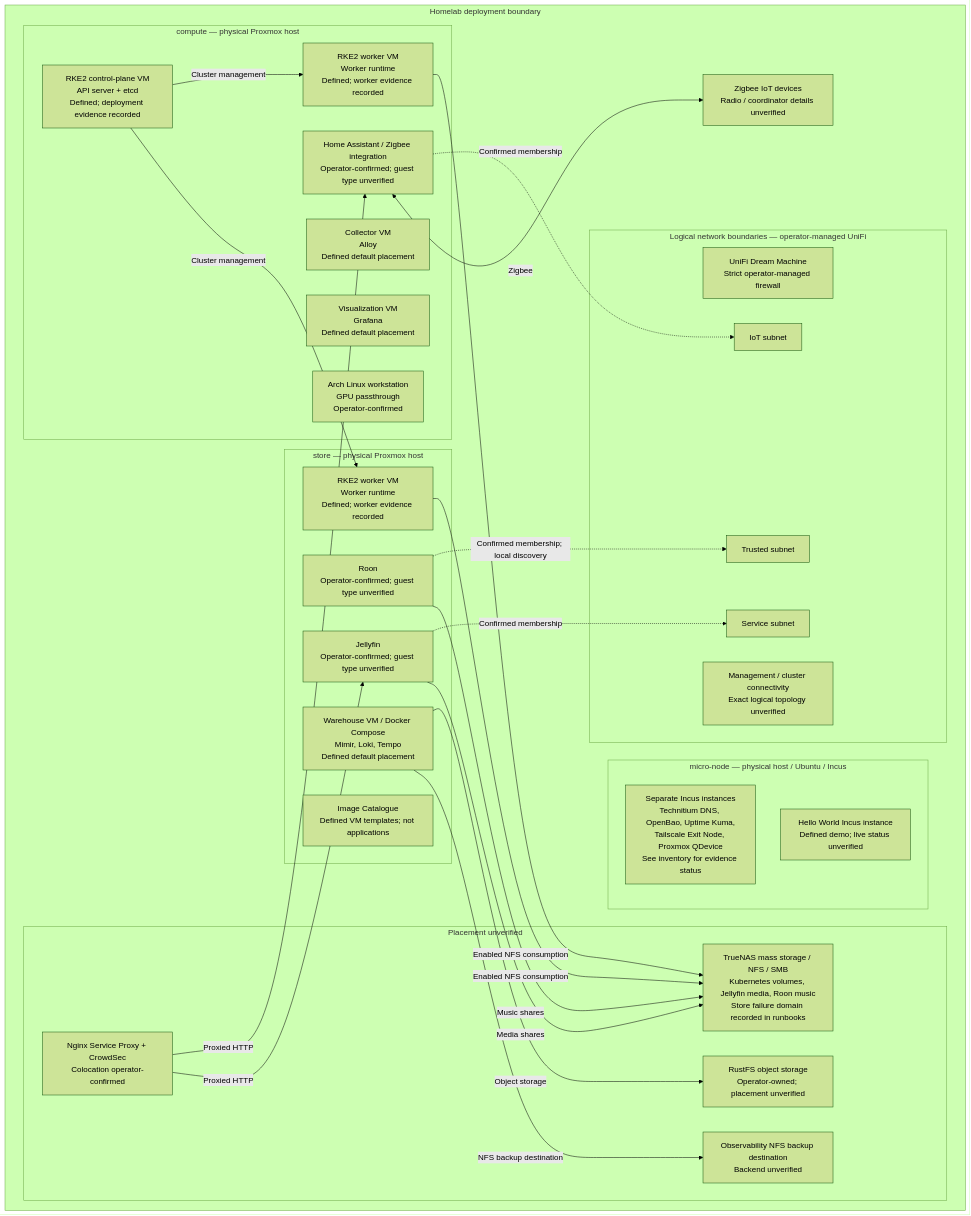
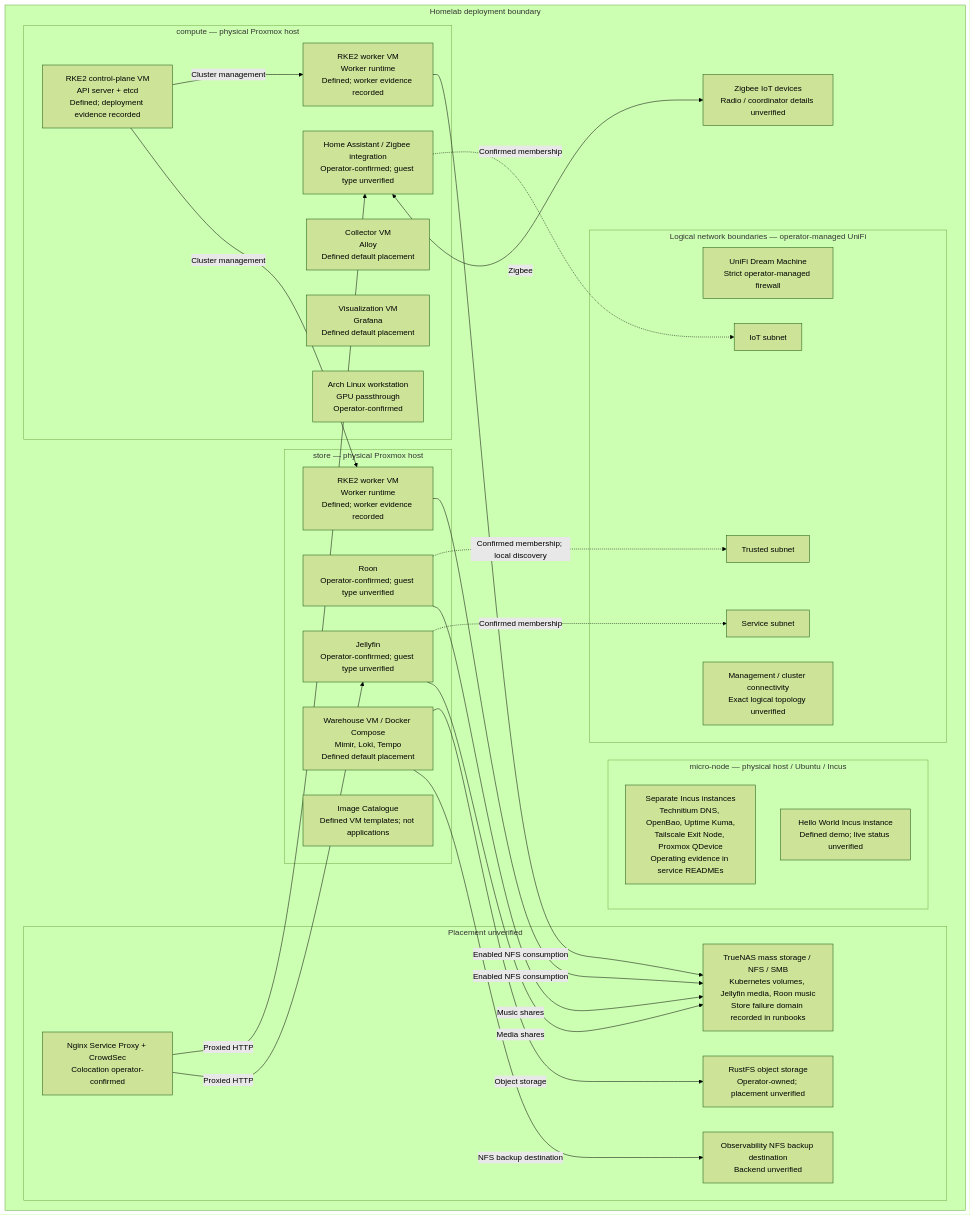
Before and after one commit to lexedwards/homelab: the fourth of 4 diagrams in docs/architecture.md, drawn with Mermaid (forest theme). The commit also changed other lines of this file and 8 other files, not shown here.

````diff
--- a/docs/architecture.md
+++ b/docs/architecture.md
@@ -143,52 +150,52 @@
 ```mermaid
 flowchart TB
     subgraph lab["Homelab deployment boundary"]
         subgraph micro["micro-node — physical host / Ubuntu / Incus"]
-            microapps["Separate Incus instances<br/>Technitium DNS, OpenBao, Uptime Kuma,<br/>Tailscale Exit Node, Proxmox QDevice<br/>See inventory for evidence status"]
+            microapps["Separate Incus instances<br/>Technitium DNS, OpenBao, Uptime Kuma,<br/>Tailscale Exit Node, Proxmox QDevice<br/>Operating evidence in service READMEs"]
             hello["Hello World Incus instance<br/>Defined demo; live status unverified"]
         end
         subgraph compute["compute — physical Proxmox host"]
             cp["RKE2 control-plane VM<br/>API server + etcd<br/>Defined; deployment evidence recorded"]
             cw["RKE2 worker VM<br/>Worker runtime<br/>Defined; worker evidence recorded"]
             collector["Collector VM<br/>Alloy<br/>Defined default placement"]
             grafana["Visualization VM<br/>Grafana<br/>Defined default placement"]
             ha["Home Assistant / Zigbee integration<br/>Operator-confirmed; guest type unverified"]
             workstation["Arch Linux workstation<br/>GPU passthrough<br/>Operator-confirmed"]
         end
         subgraph store["store — physical Proxmox host"]
             sw["RKE2 worker VM<br/>Worker runtime<br/>Defined; worker evidence recorded"]
             warehouse["Warehouse VM / Docker Compose<br/>Mimir, Loki, Tempo<br/>Defined default placement"]
             images["Image Catalogue<br/>Defined VM templates; not applications"]
             jellyfin["Jellyfin<br/>Operator-confirmed; guest type unverified"]
             roon["Roon<br/>Operator-confirmed; guest type unverified"]
         end
         subgraph unknown["Placement unverified"]
             storage["TrueNAS mass storage / NFS / SMB<br/>Kubernetes volumes, Jellyfin media, Roon music<br/>Store failure domain recorded in runbooks"]
             rustfs["RustFS object storage<br/>Operator-owned; placement unverified"]
             backupnfs["Observability NFS backup destination<br/>Backend unverified"]
             proxy["Nginx Service Proxy + CrowdSec<br/>Colocation operator-confirmed"]
         end
         subgraph network["Logical network boundaries — operator-managed UniFi"]
             firewall["UniFi Dream Machine<br/>Strict operator-managed firewall"]
             iot["IoT subnet"]
             service["Service subnet"]
             trusted["Trusted subnet"]
             management["Management / cluster connectivity<br/>Exact logical topology unverified"]
         end
         zigbee["Zigbee IoT devices<br/>Radio / coordinator details unverified"]
     end
     ha -.->|"Confirmed membership"| iot
     jellyfin -.->|"Confirmed membership"| service
     roon -.->|"Confirmed membership; local discovery"| trusted
     cp -->|"Cluster management"| cw
     cp -->|"Cluster management"| sw
     cw -->|"Enabled NFS consumption"| storage
     sw -->|"Enabled NFS consumption"| storage
     jellyfin -->|"Media shares"| storage
     roon -->|"Music shares"| storage
     warehouse -->|"Object storage"| rustfs
     warehouse -->|"NFS backup destination"| backupnfs
     ha <-->|"Zigbee"| zigbee
     proxy -->|"Proxied HTTP"| ha
     proxy -->|"Proxied HTTP"| jellyfin
 ```
````
